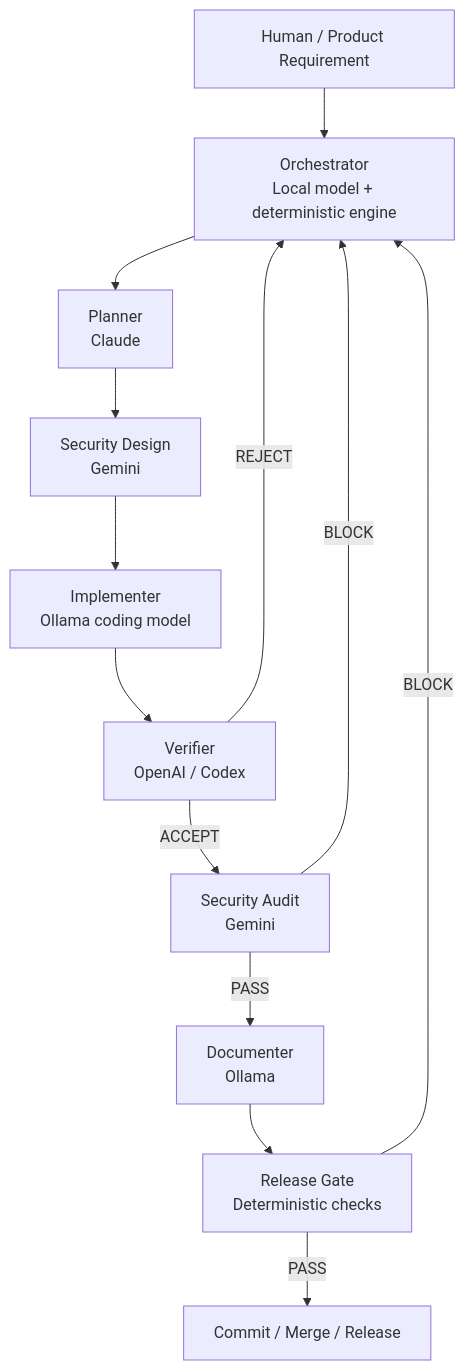
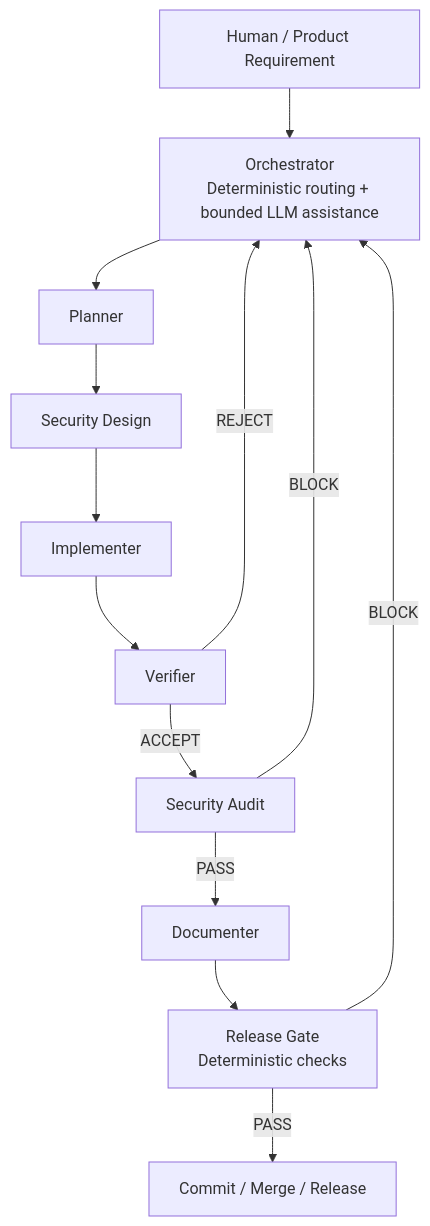
Before and after one commit to mdengapa/nomphi-SDLC: the diagram in README.md, drawn with Mermaid. The commit also changed other lines of this file, not shown here.

````diff
--- a/README.md
+++ b/README.md
@@ -33,15 +51,15 @@
 ```mermaid
 flowchart TD
-    H[Human / Product Requirement] --> O[Orchestrator\nLocal model + deterministic engine]
-    O --> P[Planner\nClaude]
-    P --> SD[Security Design\nGemini]
-    SD --> I[Implementer\nOllama coding model]
-    I --> V[Verifier\nOpenAI / Codex]
+    H[Human / Product Requirement] --> O[Orchestrator\nDeterministic routing + bounded LLM assistance]
+    O --> P[Planner]
+    P --> SD[Security Design]
+    SD --> I[Implementer]
+    I --> V[Verifier]
     V -->|REJECT| O
-    V -->|ACCEPT| SA[Security Audit\nGemini]
+    V -->|ACCEPT| SA[Security Audit]
     SA -->|BLOCK| O
-    SA -->|PASS| D[Documenter\nOllama]
+    SA -->|PASS| D[Documenter]
     D --> R[Release Gate\nDeterministic checks]
     R -->|BLOCK| O
     R -->|PASS| G[Commit / Merge / Release]
 ```
````
